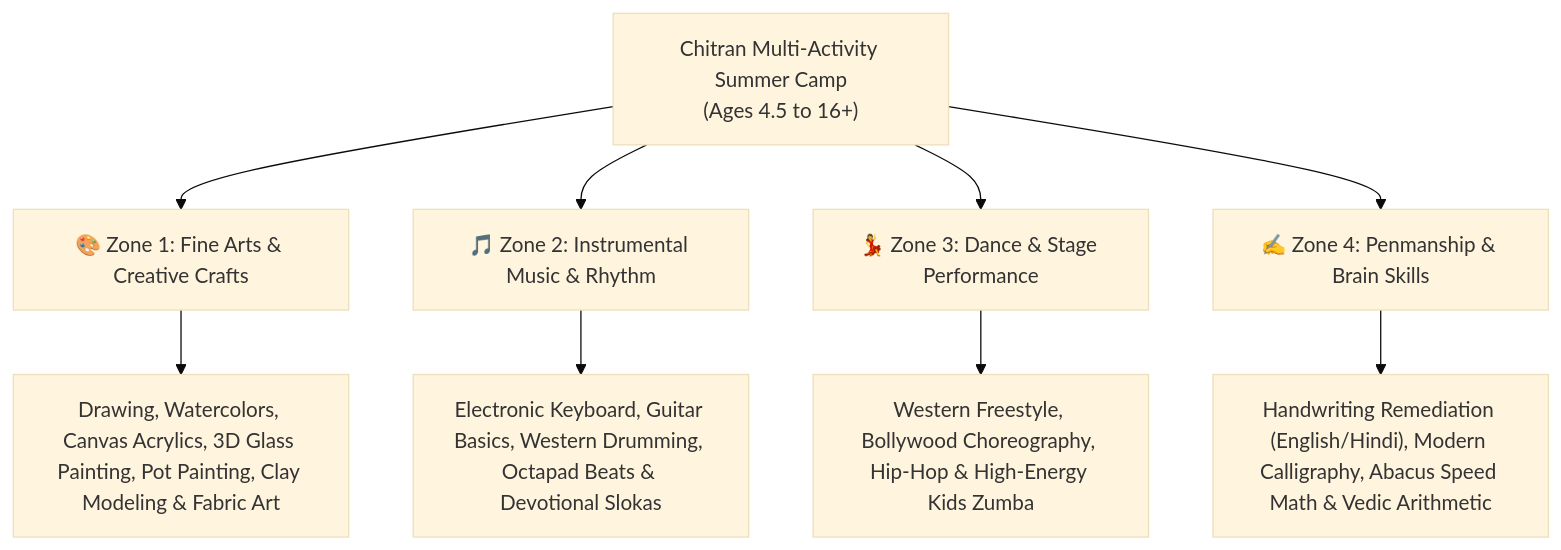
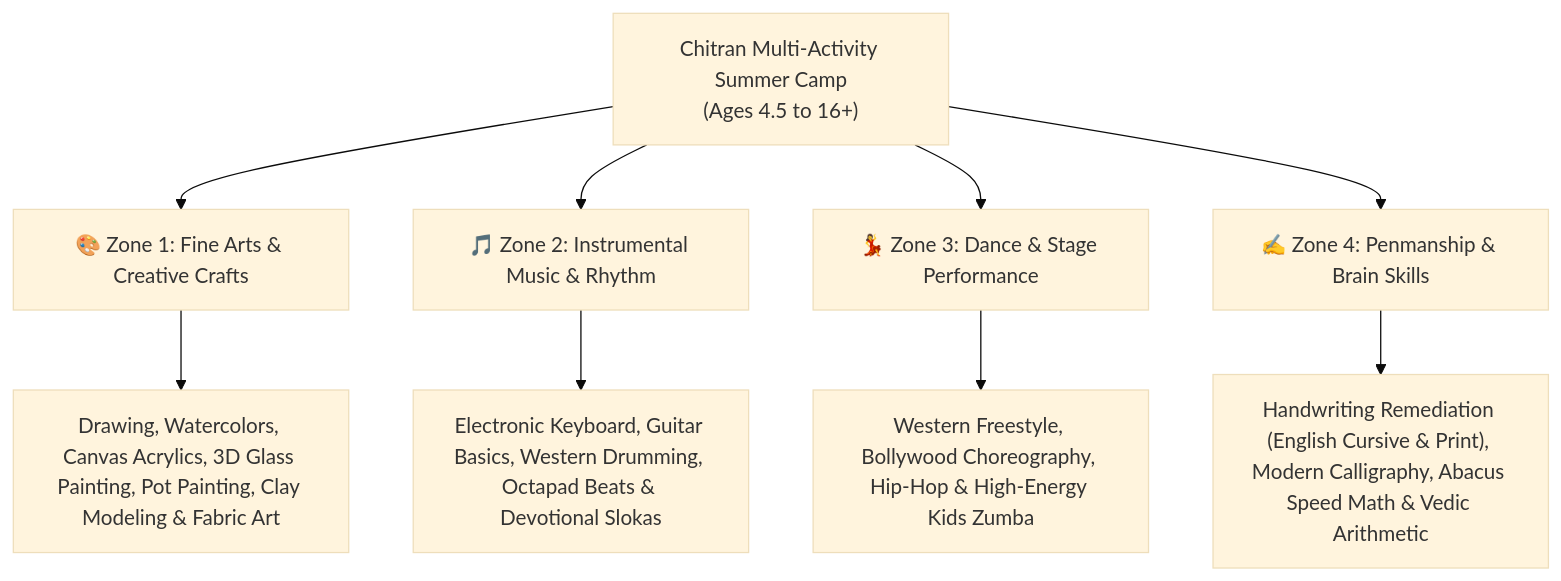
One commit to Vikram30069/chitraninstitute changed the diagram in content/summer_camp_workshops_landing_page.md. Above: the diagram before and after it, drawn with Mermaid (base theme). The commit also changed 6 other files, not shown here.

Commit message:
Replace Hindi Devanagari with Abacus, Speed Math & Vedic Maths across site

````diff
--- a/content/summer_camp_workshops_landing_page.md
+++ b/content/summer_camp_workshops_landing_page.md
@@ -38,14 +38,14 @@
 ```mermaid
 graph TD
     Camp["Chitran Multi-Activity Summer Camp<br/>(Ages 4.5 to 16+)"]
     
     Camp --> Z1["🎨 Zone 1: Fine Arts & Creative Crafts"]
     Camp --> Z2["🎵 Zone 2: Instrumental Music & Rhythm"]
     Camp --> Z3["💃 Zone 3: Dance & Stage Performance"]
     Camp --> Z4["✍️ Zone 4: Penmanship & Brain Skills"]
     
     Z1 --> Z1_sub["Drawing, Watercolors, Canvas Acrylics, 3D Glass Painting, Pot Painting, Clay Modeling & Fabric Art"]
     Z2 --> Z2_sub["Electronic Keyboard, Guitar Basics, Western Drumming, Octapad Beats & Devotional Slokas"]
     Z3 --> Z3_sub["Western Freestyle, Bollywood Choreography, Hip-Hop & High-Energy Kids Zumba"]
-    Z4 --> Z4_sub["Handwriting Remediation (English/Hindi), Modern Calligraphy, Abacus Speed Math & Vedic Arithmetic"]
+    Z4 --> Z4_sub["Handwriting Remediation (English Cursive & Print), Modern Calligraphy, Abacus Speed Math & Vedic Arithmetic"]
 ```
````
